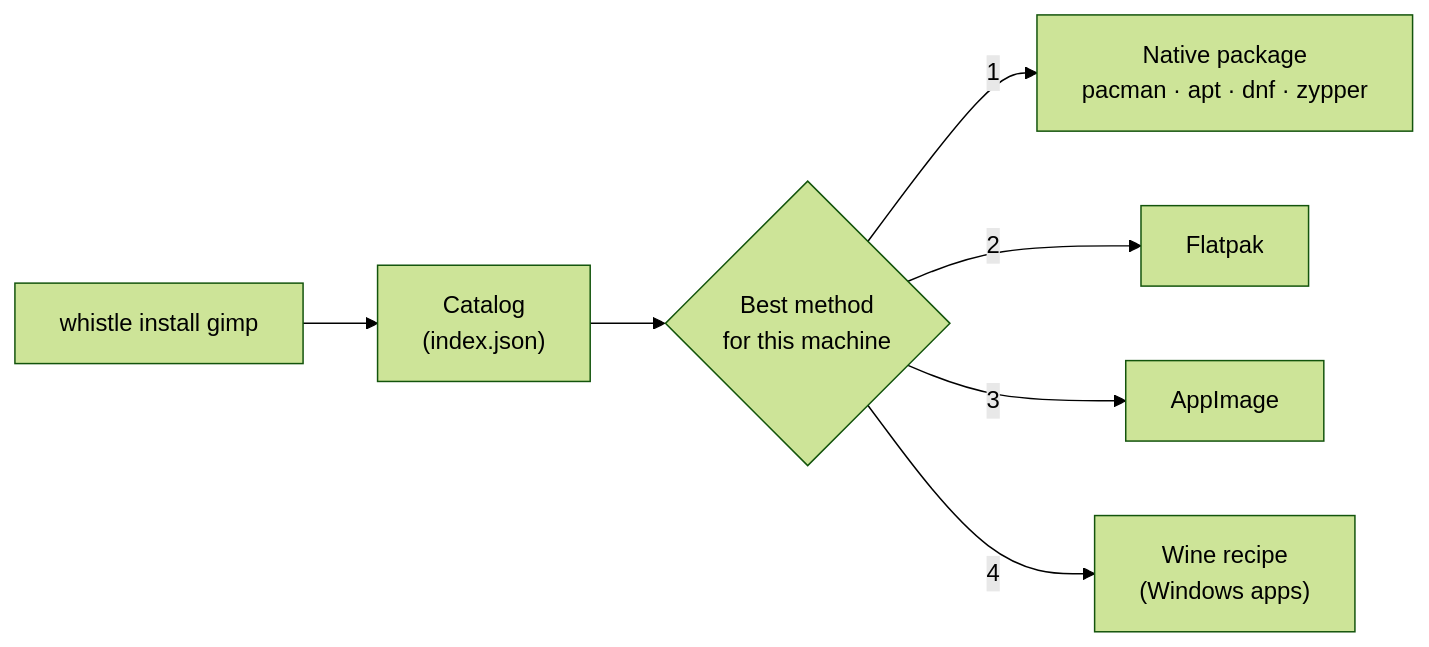
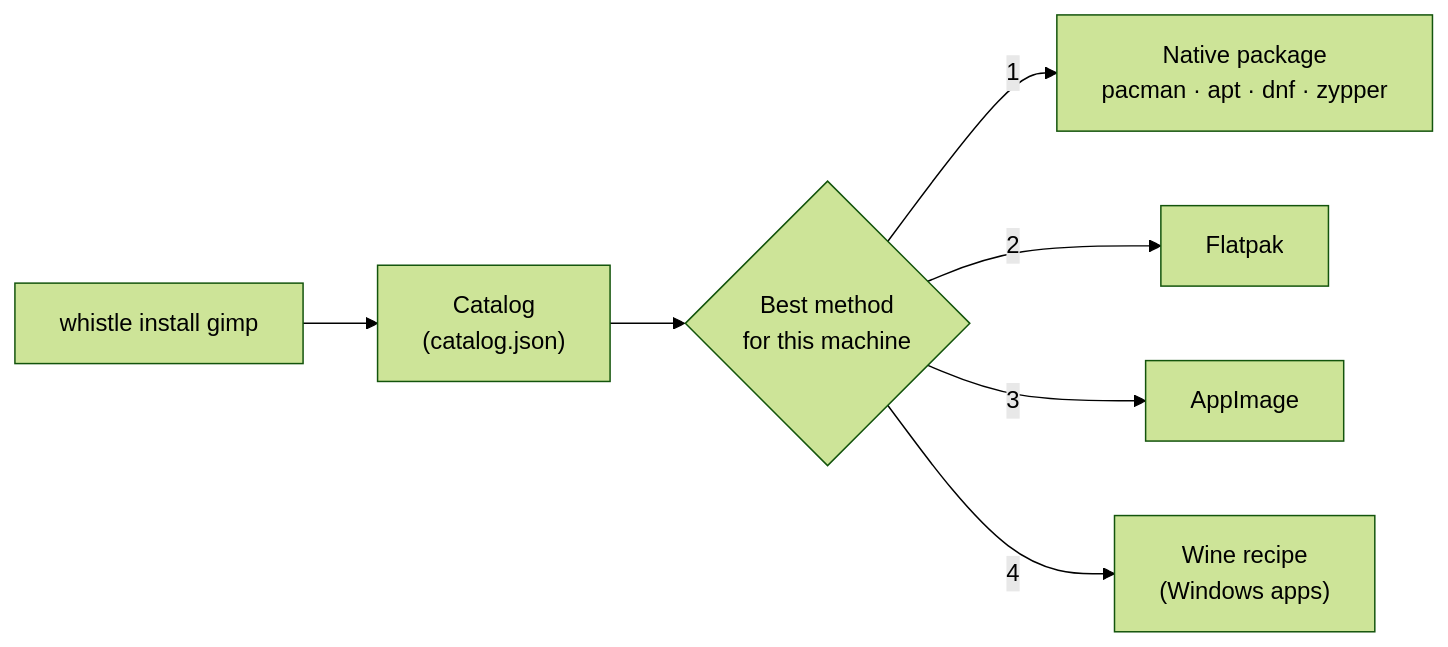
One commit to thisisroot/whistle changed the diagram in README.md. Above: the diagram before and after it, drawn with Mermaid (forest theme). The commit also changed other lines of this file and 17 other files, not shown here.

````diff
--- a/README.md
+++ b/README.md
@@ -139,9 +175,9 @@
 ```mermaid
 flowchart LR
-    A["whistle install gimp"] --> B["Catalog<br/>(index.json)"]
+    A["whistle install gimp"] --> B["Catalog<br/>(catalog.json)"]
     B --> C{"Best method<br/>for this machine"}
     C -->|1| D["Native package<br/>pacman · apt · dnf · zypper"]
     C -->|2| E["Flatpak"]
     C -->|3| F["AppImage"]
     C -->|4| G["Wine recipe<br/>(Windows apps)"]
 ```
````
